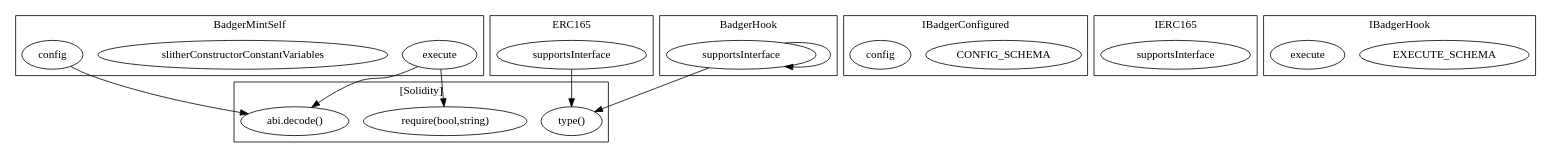
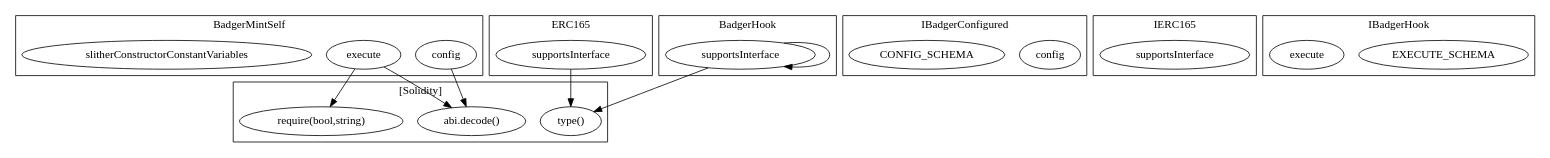
Before and after one commit to FlipsideCrypto/badger: the diagram in contracts/build/...BadgerMintSelf.call-graph.dot, drawn with Graphviz. The commit also changed other lines of this file and 21 other files, not shown here.

```diff
--- a/contracts/build/...BadgerMintSelf.call-graph.dot
+++ b/contracts/build/...BadgerMintSelf.call-graph.dot
@@ -1,36 +1,36 @@
 strict digraph {
 subgraph cluster_5890_BadgerMintSelf {
 label = "BadgerMintSelf"
+"5890_config" [label="config"]
 "5890_execute" [label="execute"]
 "5890_slitherConstructorConstantVariables" [label="slitherConstructorConstantVariables"]
-"5890_config" [label="config"]
 }subgraph cluster_6468_IBadgerConfigured {
 label = "IBadgerConfigured"
+"6468_config" [label="config"]
 "6468_CONFIG_SCHEMA" [label="CONFIG_SCHEMA"]
-"6468_config" [label="config"]
 }subgraph cluster_3081_ERC165 {
 label = "ERC165"
 "3081_supportsInterface" [label="supportsInterface"]
 }subgraph cluster_3093_IERC165 {
 label = "IERC165"
 "3093_supportsInterface" [label="supportsInterface"]
 }subgraph cluster_6488_IBadgerHook {
 label = "IBadgerHook"
 "6488_EXECUTE_SCHEMA" [label="EXECUTE_SCHEMA"]
 "6488_execute" [label="execute"]
 }subgraph cluster_4956_BadgerHook {
 label = "BadgerHook"
 "4956_supportsInterface" [label="supportsInterface"]
 "4956_supportsInterface" -> "4956_supportsInterface"
 }subgraph cluster_solidity {
 label = "[Solidity]"
+"require(bool,string)" 
 "abi.decode()" 
-"require(bool,string)" 
 "type()" 
+"5890_execute" -> "require(bool,string)"
 "4956_supportsInterface" -> "type()"
-"5890_execute" -> "require(bool,string)"
+"3081_supportsInterface" -> "type()"
 "5890_execute" -> "abi.decode()"
-"3081_supportsInterface" -> "type()"
 "5890_config" -> "abi.decode()"
 }
 }
```
